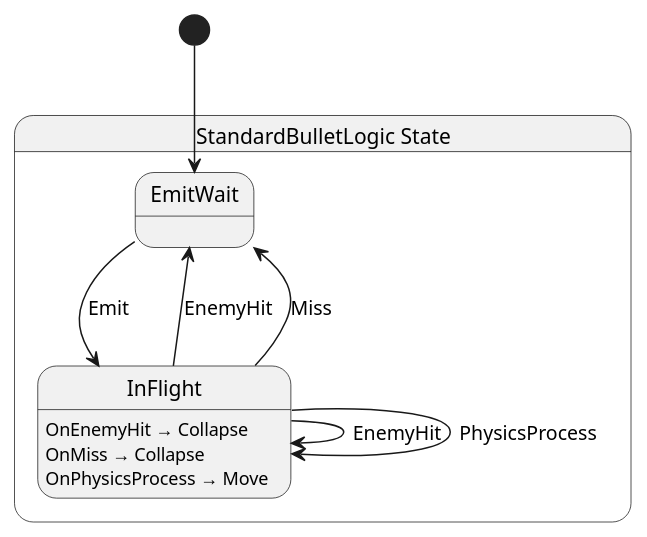
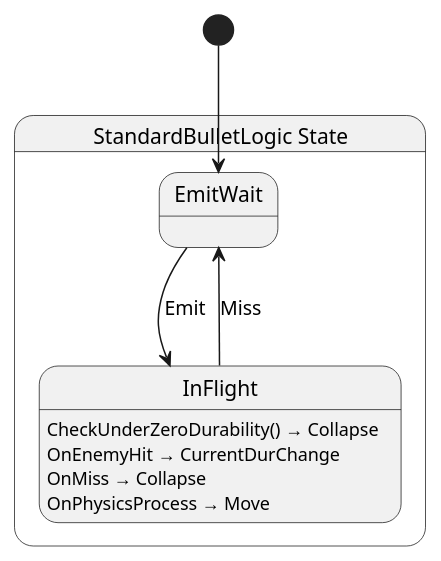
The diagram in src/bullet/abstract/state/StandardBulletLogic.g.puml (Ygoat/EternalJourney), drawn with PlantUML before and after one commit. The commit also changed 8 other files, not shown here.

```diff
--- a/src/bullet/abstract/state/StandardBulletLogic.g.puml
+++ b/src/bullet/abstract/state/StandardBulletLogic.g.puml
@@ -1,18 +1,16 @@
 @startuml StandardBulletLogic
 state "StandardBulletLogic State" as EternalJourney_Bullet_Abstract_State_StandardBulletLogic_State {
   state "EmitWait" as EternalJourney_Bullet_Abstract_State_StandardBulletLogic_State_EmitWait
   state "InFlight" as EternalJourney_Bullet_Abstract_State_StandardBulletLogic_State_InFlight
 }
 
 EternalJourney_Bullet_Abstract_State_StandardBulletLogic_State_EmitWait --> EternalJourney_Bullet_Abstract_State_StandardBulletLogic_State_InFlight : Emit
-EternalJourney_Bullet_Abstract_State_StandardBulletLogic_State_InFlight --> EternalJourney_Bullet_Abstract_State_StandardBulletLogic_State_EmitWait : EnemyHit
 EternalJourney_Bullet_Abstract_State_StandardBulletLogic_State_InFlight --> EternalJourney_Bullet_Abstract_State_StandardBulletLogic_State_EmitWait : Miss
-EternalJourney_Bullet_Abstract_State_StandardBulletLogic_State_InFlight --> EternalJourney_Bullet_Abstract_State_StandardBulletLogic_State_InFlight : EnemyHit
-EternalJourney_Bullet_Abstract_State_StandardBulletLogic_State_InFlight --> EternalJourney_Bullet_Abstract_State_StandardBulletLogic_State_InFlight : PhysicsProcess
 
-EternalJourney_Bullet_Abstract_State_StandardBulletLogic_State_InFlight : OnEnemyHit → Collapse
+EternalJourney_Bullet_Abstract_State_StandardBulletLogic_State_InFlight : CheckUnderZeroDurability() → Collapse
+EternalJourney_Bullet_Abstract_State_StandardBulletLogic_State_InFlight : OnEnemyHit → CurrentDurChange
 EternalJourney_Bullet_Abstract_State_StandardBulletLogic_State_InFlight : OnMiss → Collapse
 EternalJourney_Bullet_Abstract_State_StandardBulletLogic_State_InFlight : OnPhysicsProcess → Move
 
 [*] --> EternalJourney_Bullet_Abstract_State_StandardBulletLogic_State_EmitWait
 @enduml
```
